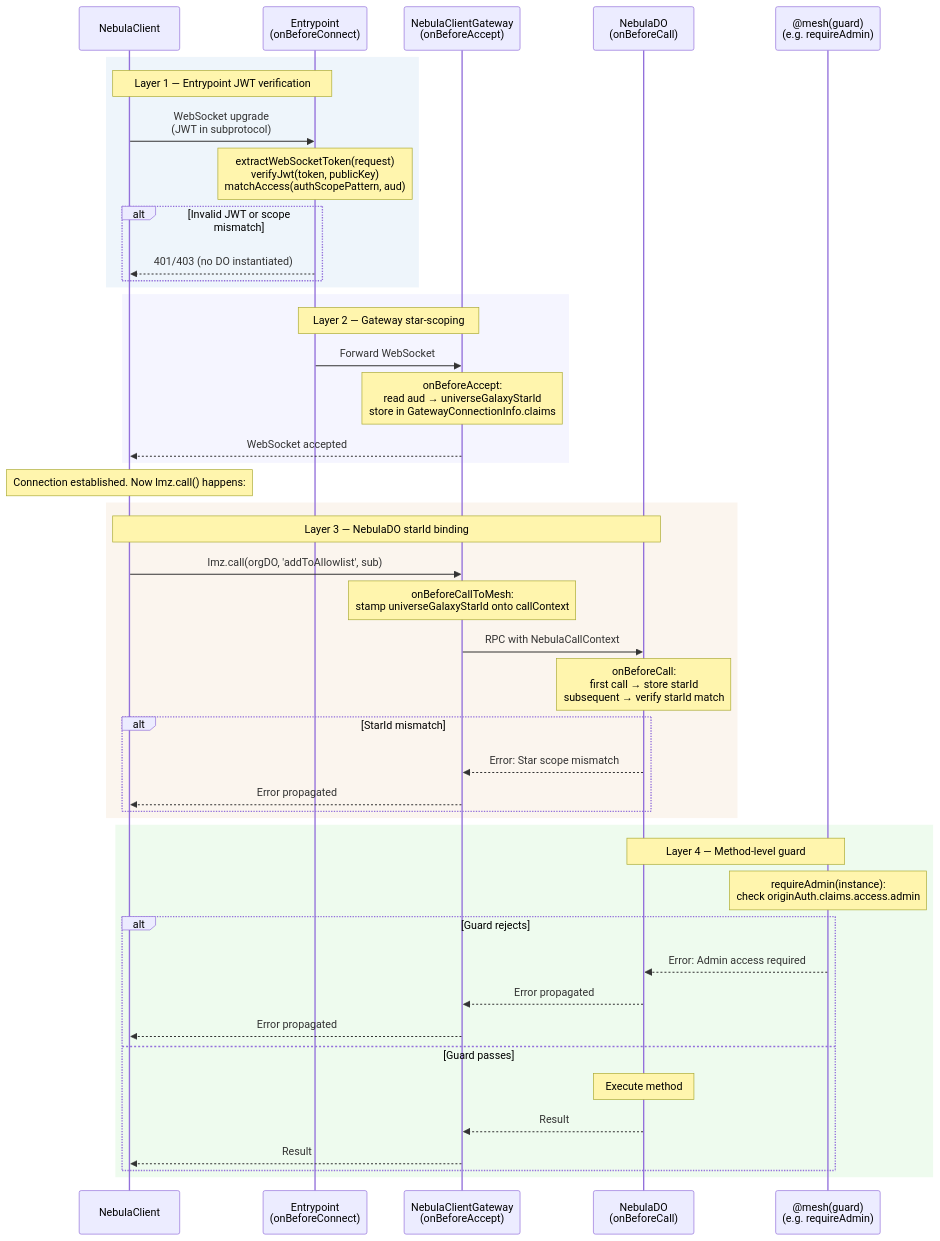
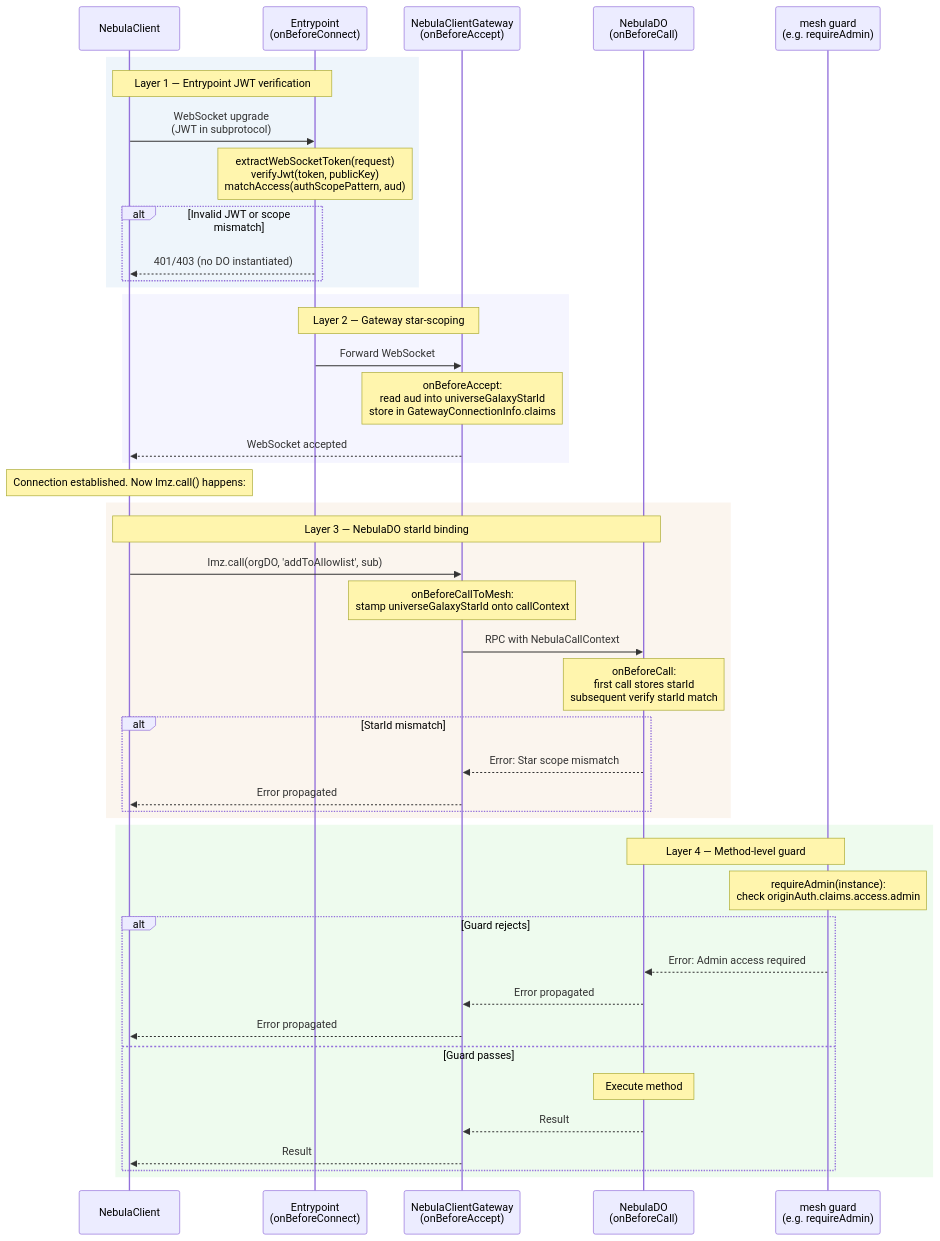
Before and after one commit to lumenize/lumenize: the fifth of 6 diagrams in website/docs/nebula/auth-flows.md, drawn with Mermaid. The commit also changed other lines of this file and 1 other file, not shown here.

First line of the commit message:
docs(nebula): rewrite auth-flows.md to the surrogate-sub model (Phase 5, best-effort)

````diff
--- a/website/docs/nebula/auth-flows.md
+++ b/website/docs/nebula/auth-flows.md
@@ -236,52 +257,52 @@
 ```mermaid
 sequenceDiagram
     participant C as NebulaClient
     participant EP as Entrypoint<br/>(onBeforeConnect)
     participant GW as NebulaClientGateway<br/>(onBeforeAccept)
     participant DO as NebulaDO<br/>(onBeforeCall)
-    participant M as @mesh(guard)<br/>(e.g. requireAdmin)
+    participant M as mesh guard<br/>(e.g. requireAdmin)
 
     rect rgba(200, 220, 240, 0.3)
         Note over C,EP: Layer 1 — Entrypoint JWT verification
         C->>EP: WebSocket upgrade<br/>(JWT in subprotocol)
         Note over EP: extractWebSocketToken(request)<br/>verifyJwt(token, publicKey)<br/>matchAccess(authScopePattern, aud)
         alt Invalid JWT or scope mismatch
             EP-->>C: 401/403 (no DO instantiated)
         end
     end
 
     rect rgba(220, 220, 255, 0.3)
         Note over EP,GW: Layer 2 — Gateway star-scoping
         EP->>GW: Forward WebSocket
-        Note over GW: onBeforeAccept:<br/>read aud → universeGalaxyStarId<br/>store in GatewayConnectionInfo.claims
+        Note over GW: onBeforeAccept:<br/>read aud into universeGalaxyStarId<br/>store in GatewayConnectionInfo.claims
         GW-->>C: WebSocket accepted
     end
 
     Note over C: Connection established. Now lmz.call() happens:
 
     rect rgba(240, 220, 200, 0.3)
         Note over C,DO: Layer 3 — NebulaDO starId binding
         C->>GW: lmz.call(orgDO, 'addToAllowlist', sub)
         Note over GW: onBeforeCallToMesh:<br/>stamp universeGalaxyStarId onto callContext
         GW->>DO: RPC with NebulaCallContext
-        Note over DO: onBeforeCall:<br/>first call → store starId<br/>subsequent → verify starId match
+        Note over DO: onBeforeCall:<br/>first call stores starId<br/>subsequent verify starId match
         alt StarId mismatch
             DO-->>GW: Error: Star scope mismatch
             GW-->>C: Error propagated
         end
     end
 
     rect rgba(200, 240, 200, 0.3)
         Note over DO,M: Layer 4 — Method-level guard
         Note over M: requireAdmin(instance):<br/>check originAuth.claims.access.admin
         alt Guard rejects
             M-->>DO: Error: Admin access required
             DO-->>GW: Error propagated
             GW-->>C: Error propagated
         else Guard passes
             Note over DO: Execute method
             DO-->>GW: Result
             GW-->>C: Result
         end
     end
 ```
````
